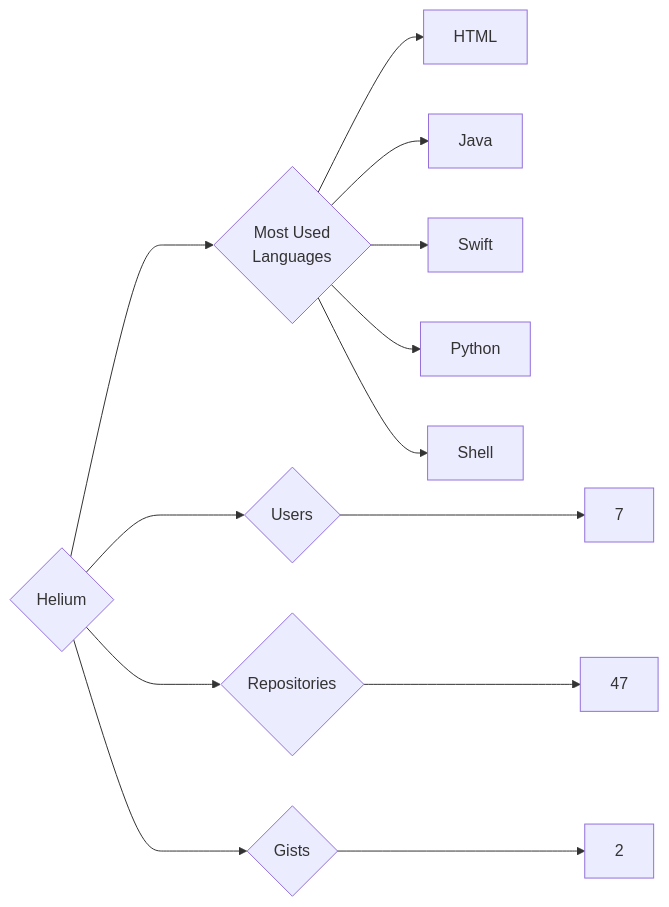
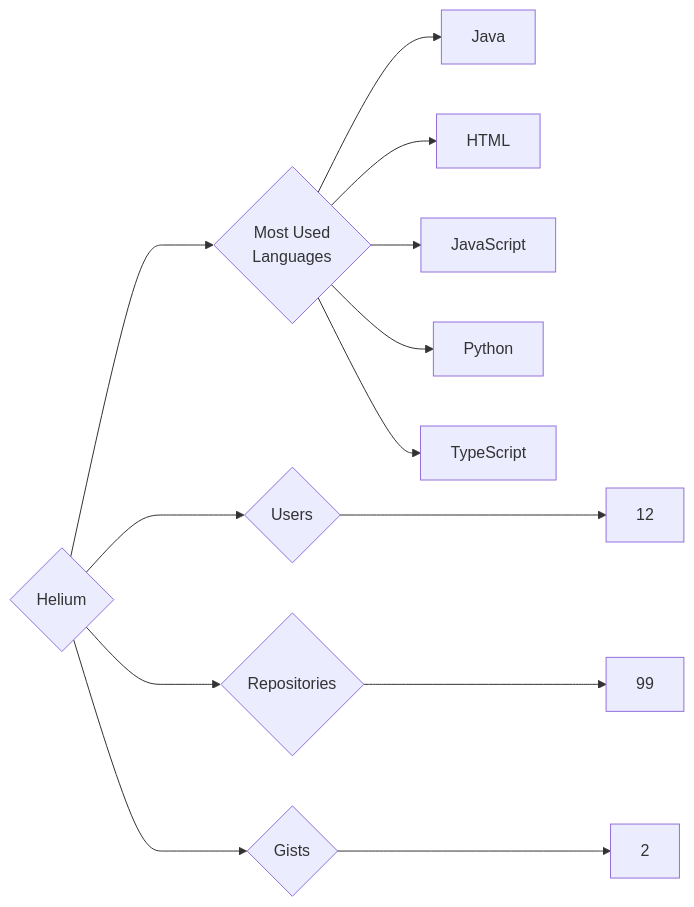
Before and after one commit to trickest/insiders: the diagram in targets/Helium/README.md, drawn with Mermaid. The commit also changed 1170 other files, not shown here.

````diff
--- a/targets/Helium/README.md
+++ b/targets/Helium/README.md
@@ -3,13 +3,13 @@
 ```mermaid
 graph LR
 COMPANY_NAME{Helium}
-COMPANY_NAME ---> U{Users} ---> UN[7]
-COMPANY_NAME ---> R{Repositories} ---> RN[47]
+COMPANY_NAME ---> U{Users} ---> UN[12]
+COMPANY_NAME ---> R{Repositories} ---> RN[99]
 COMPANY_NAME ---> G{Gists} ---> GN[2]
 COMPANY_NAME ---> ML{Most Used<br>Languages}
+ML --> Java[Java]
 ML --> HTML[HTML]
-ML --> Java[Java]
-ML --> Swift[Swift]
+ML --> JavaScript[JavaScript]
 ML --> Python[Python]
-ML --> Shell[Shell]
+ML --> TypeScript[TypeScript]
 ```
````
